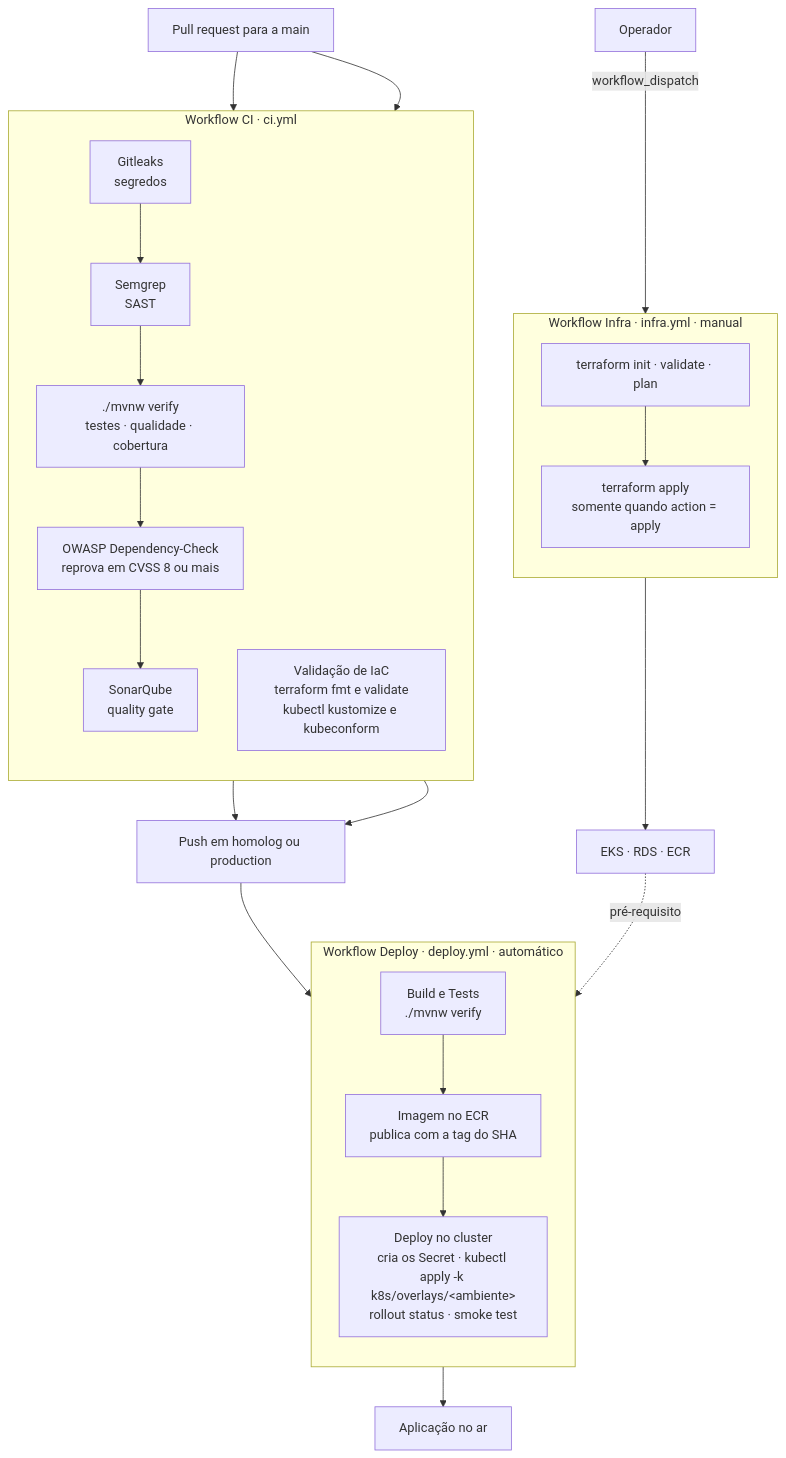
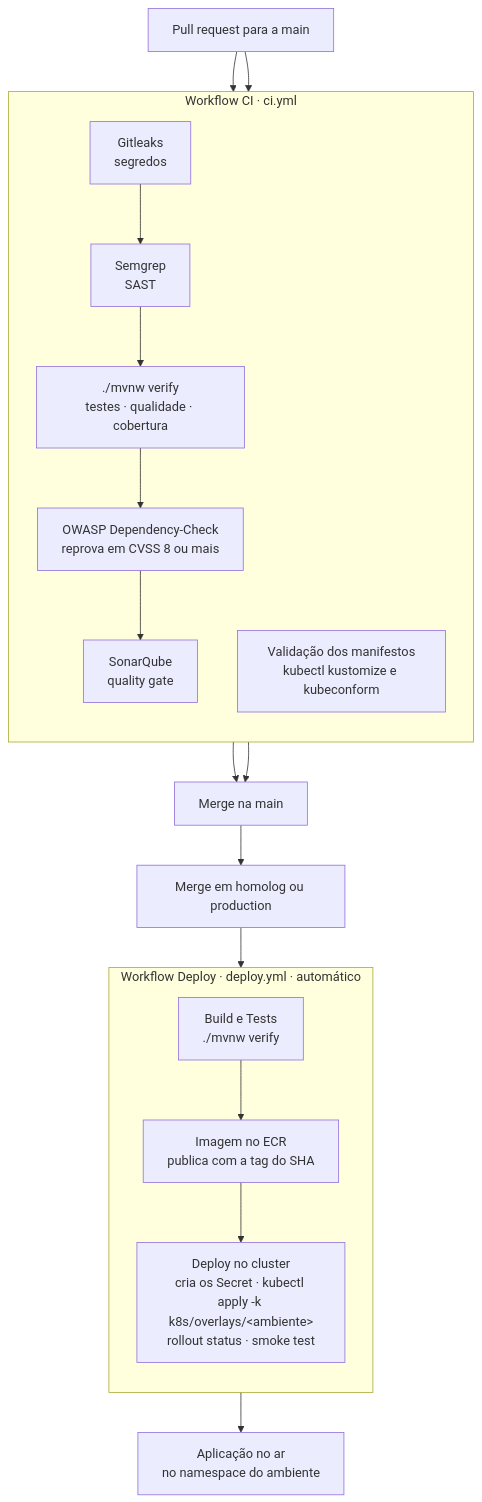
The third of 3 diagrams in README.md (15SOAT-JVGG/oficina-app), drawn with Mermaid before and after one commit. The commit also changed other lines of this file and 5 other files, not shown here.

````diff
--- a/README.md
+++ b/README.md
@@ -175,42 +172,33 @@
 ```mermaid
 flowchart TB
     pr["Pull request para a main"]
 
     subgraph ci["Workflow CI · ci.yml"]
         direction TB
         gitleaks["Gitleaks<br/>segredos"]
         semgrep["Semgrep<br/>SAST"]
         verify["./mvnw verify<br/>testes · qualidade · cobertura"]
         owasp["OWASP Dependency-Check<br/>reprova em CVSS 8 ou mais"]
         sonar["SonarQube<br/>quality gate"]
-        iac["Validação de IaC<br/>terraform fmt e validate<br/>kubectl kustomize e kubeconform"]
+        manifests["Validação dos manifestos<br/>kubectl kustomize e kubeconform"]
     end
 
-    merge["Push em homolog ou production"]
+    main["Merge na main"]
+    promo["Merge em homolog ou production"]
 
     subgraph deploy["Workflow Deploy · deploy.yml · automático"]
         direction TB
         dbuild["Build e Tests<br/>./mvnw verify"]
         dimage["Imagem no ECR<br/>publica com a tag do SHA"]
         dapply["Deploy no cluster<br/>cria os Secret · kubectl apply -k k8s/overlays/&lt;ambiente&gt;<br/>rollout status · smoke test"]
     end
 
-    operador["Operador"]
-
-    subgraph infra["Workflow Infra · infra.yml · manual"]
-        direction TB
-        tplan["terraform init · validate · plan"]
-        tapply["terraform apply<br/>somente quando action = apply"]
-    end
-
-    ambiente["EKS · RDS · ECR"]
-    cluster["Aplicação no ar"]
+    cluster["Aplicação no ar<br/>no namespace do ambiente"]
 
     pr --> gitleaks --> semgrep --> verify --> owasp --> sonar
-    pr --> iac
-    sonar --> merge
-    iac --> merge
-    merge --> dbuild --> dimage --> dapply --> cluster
-    operador -- "workflow_dispatch" --> tplan --> tapply --> ambiente
-    ambiente -. "pré-requisito" .-> dapply
+    pr --> manifests
+    sonar --> main
+    manifests --> main
+    main --> promo
+    promo --> dbuild --> dimage --> dapply --> cluster
 ```
````
